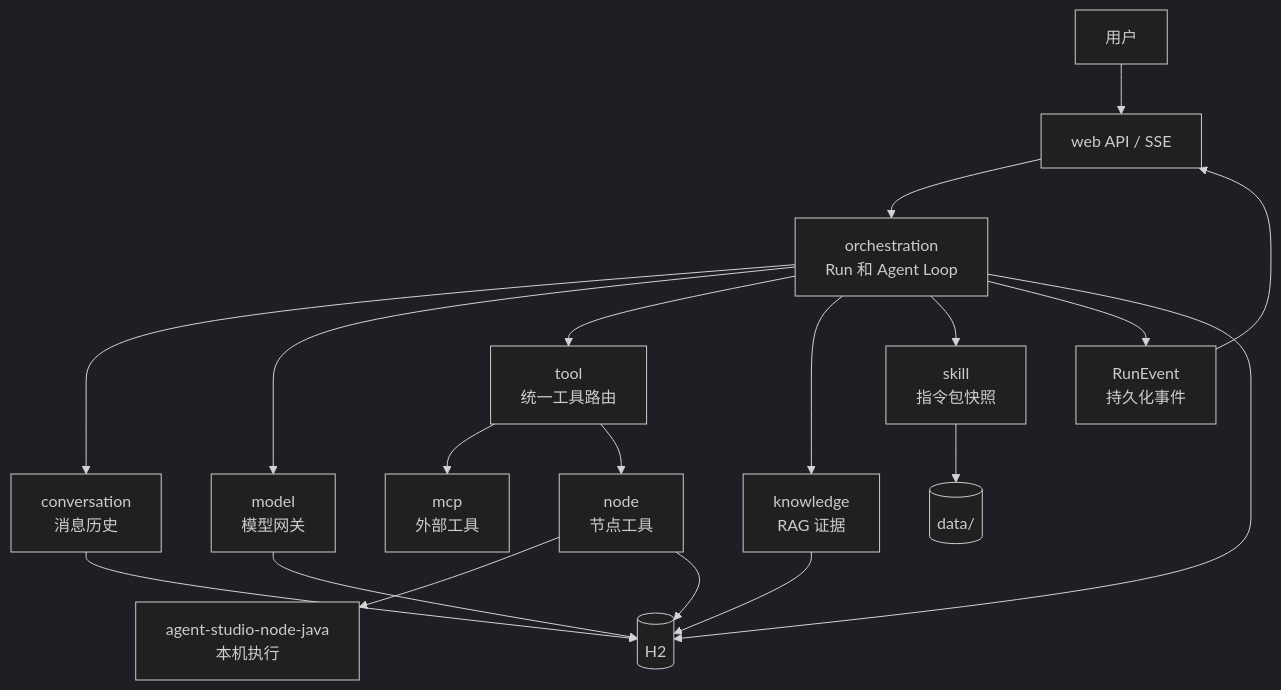
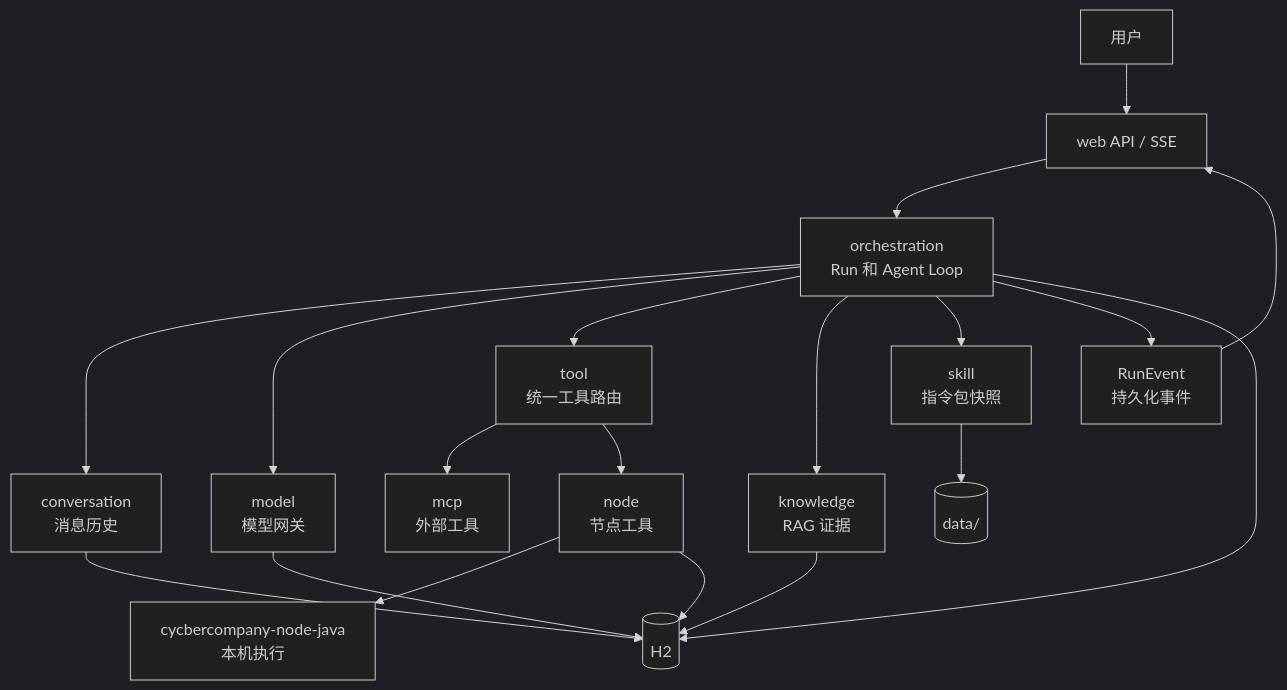
Diagram 17 of 17 in docs/new-developer-guide.md (sunlightFox/cycbercompany-backend), drawn with Mermaid (dark theme) before and after one commit. The commit also changed other lines of this file and 1327 other files, not shown here.

````diff
--- a/docs/new-developer-guide.md
+++ b/docs/new-developer-guide.md
@@ -652,21 +652,21 @@
 ```mermaid
 flowchart TB
     User["用户"] --> Web["web API / SSE"]
     Web --> Orchestration["orchestration<br/>Run 和 Agent Loop"]
     Orchestration --> Conversation["conversation<br/>消息历史"]
     Orchestration --> Model["model<br/>模型网关"]
     Orchestration --> Tool["tool<br/>统一工具路由"]
     Orchestration --> Knowledge["knowledge<br/>RAG 证据"]
     Orchestration --> Skill["skill<br/>指令包快照"]
     Tool --> MCP["mcp<br/>外部工具"]
     Tool --> Node["node<br/>节点工具"]
-    Node --> JavaNode["agent-studio-node-java<br/>本机执行"]
+    Node --> JavaNode["cycbercompany-node-java<br/>本机执行"]
     Orchestration --> Events["RunEvent<br/>持久化事件"]
     Events --> Web
     Conversation --> H2[("H2")]
     Model --> H2
     Orchestration --> H2
     Knowledge --> H2
     Node --> H2
     Skill --> Files[("data/")]
 ```
````
